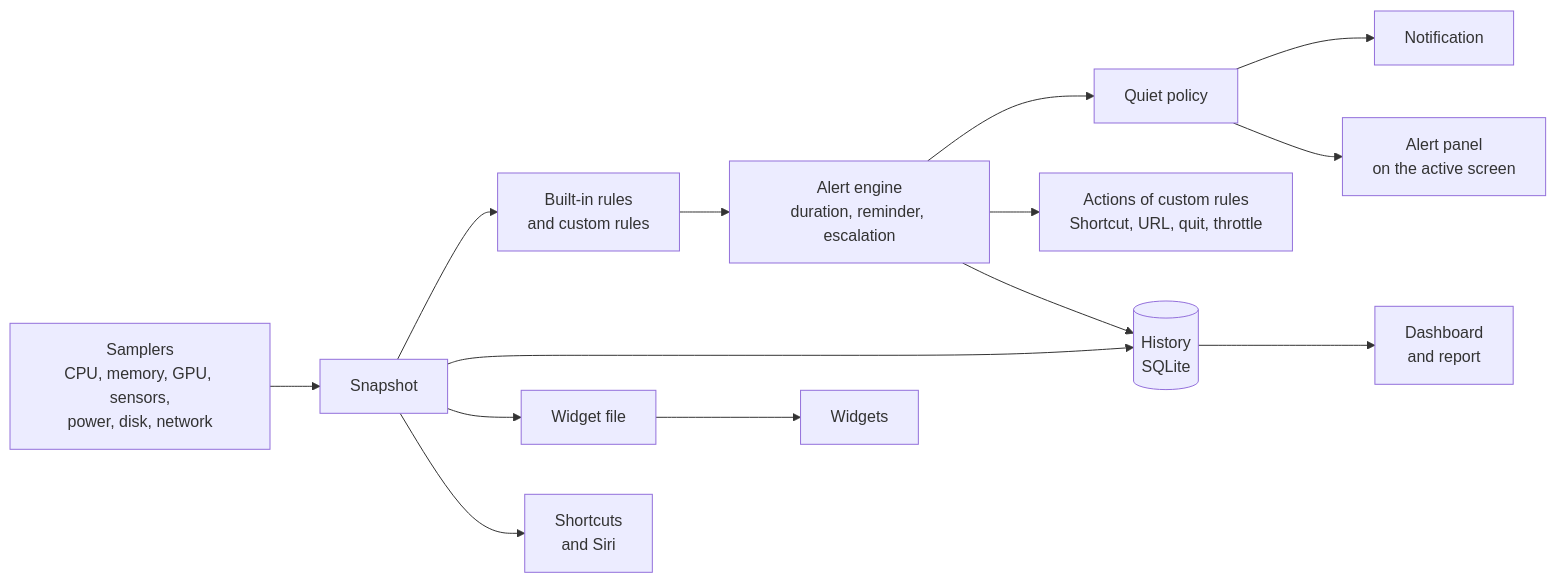
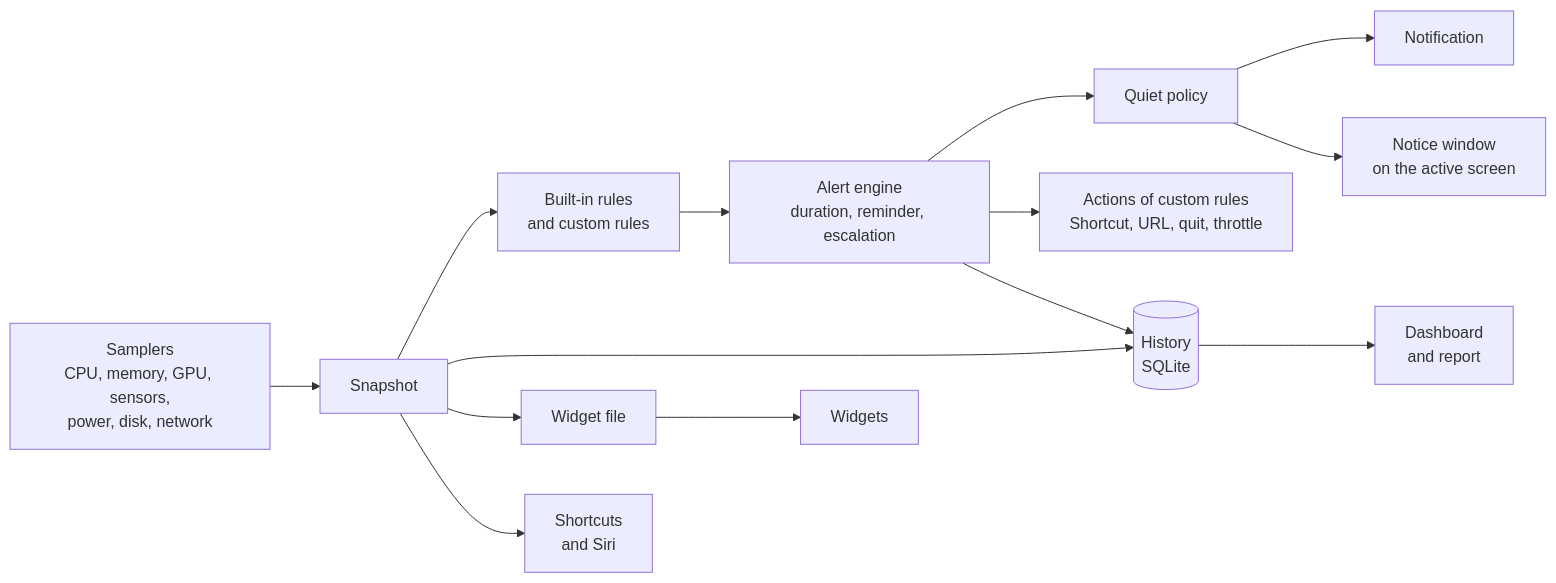
One commit to fbrogno/mac-monitor changed the first of 2 diagrams in README.md. Above: the diagram before and after it, drawn with Mermaid. The commit also changed other lines of this file and 1 other file, not shown here.

````diff
--- a/README.md
+++ b/README.md
@@ -316,16 +316,16 @@
 ```mermaid
 flowchart LR
     S["Samplers<br/>CPU, memory, GPU, sensors,<br/>power, disk, network"] --> N["Snapshot"]
     N --> R["Built-in rules<br/>and custom rules"]
     R --> E["Alert engine<br/>duration, reminder, escalation"]
     E --> Q["Quiet policy"]
     Q --> B["Notification"]
-    Q --> O["Alert panel<br/>on the active screen"]
+    Q --> O["Notice window<br/>on the active screen"]
     E --> A["Actions of custom rules<br/>Shortcut, URL, quit, throttle"]
     N --> H[("History<br/>SQLite")]
     E --> H
     H --> D["Dashboard<br/>and report"]
     N --> W["Widget file"]
     W --> WG["Widgets"]
     N --> I["Shortcuts<br/>and Siri"]
 ```
````
